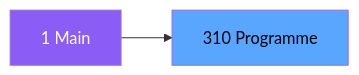
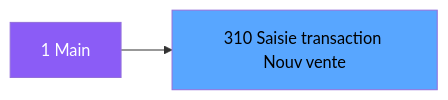
The second of 3 diagrams in .openspec/specs/ADH-IDE-310.md (thonyAGP/magic-migration), drawn with Mermaid before and after one commit. The commit also changed other lines of this file and 323 other files, not shown here.

````diff
--- a/.openspec/specs/ADH-IDE-310.md
+++ b/.openspec/specs/ADH-IDE-310.md
@@ -136,8 +162,8 @@
 ```mermaid
 graph LR
     M[1 Main]
-    T[310 Programme]
+    T[310 Saisie transaction Nouv vente]
     M --> T
     style M fill:#8b5cf6,color:#fff
     style T fill:#58a6ff,color:#000
 ```
````
